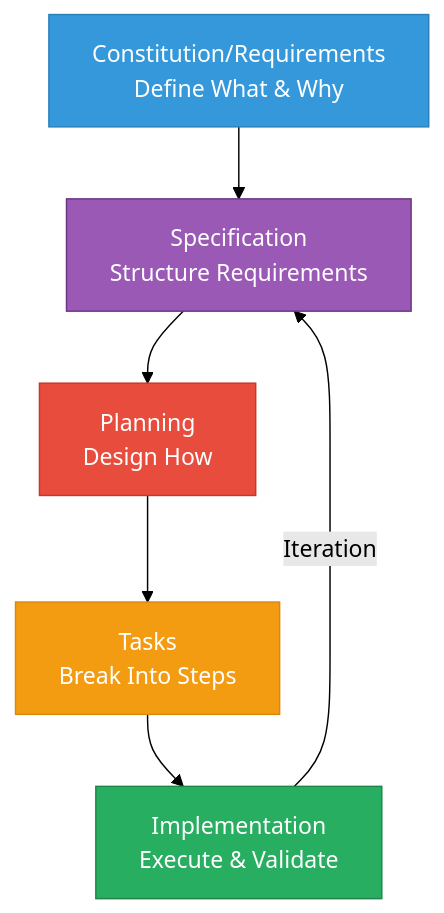
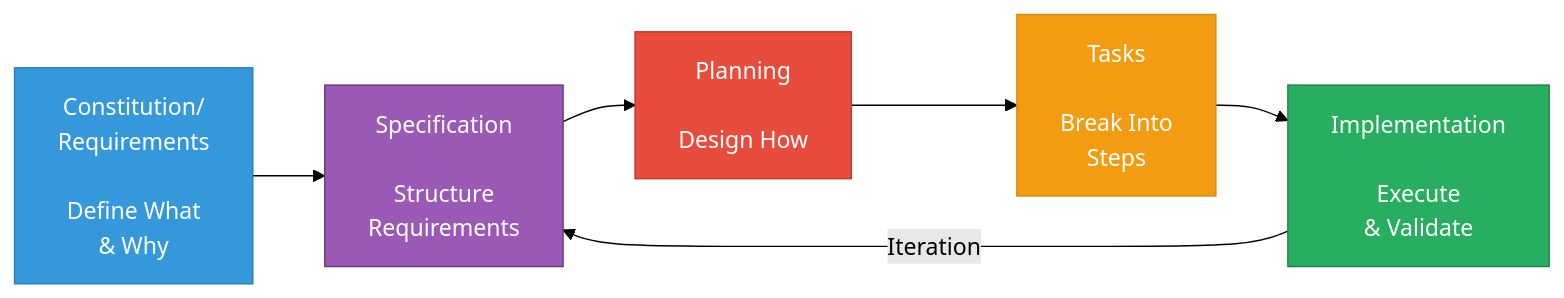
The second of 3 diagrams in blog/2025-10-22-implementing-spec-driven-development-tools-and-workflows-in-practice.mdx (tikazyq/marvinzhang.dev), drawn with Mermaid (forest theme) before and after one commit. The commit also changed other lines of this file and 1 other file, not shown here.

Commit message:
Fix SDD article: improve diagrams, add conservative language, reference Rice's theorem

````diff
--- a/blog/2025-10-22-implementing-spec-driven-development-tools-and-workflows-in-practice.mdx
+++ b/blog/2025-10-22-implementing-spec-driven-development-tools-and-workflows-in-practice.mdx
@@ -166,14 +169,14 @@
 ```mermaid
-flowchart TD
-    A["Constitution/Requirements<br/>Define What & Why"] --> B["Specification<br/>Structure Requirements"]
-    B --> C["Planning<br/>Design How"]
-    C --> D["Tasks<br/>Break Into Steps"]
-    D --> E["Implementation<br/>Execute & Validate"]
+flowchart LR
+    A["Constitution/<br/>Requirements<br/><br/>Define What<br/>& Why"] --> B["Specification<br/><br/>Structure<br/>Requirements"]
+    B --> C["Planning<br/><br/>Design How"]
+    C --> D["Tasks<br/><br/>Break Into<br/>Steps"]
+    D --> E["Implementation<br/><br/>Execute<br/>& Validate"]
     E -->|Iteration| B
     
     style A fill:#3498db,stroke:#2980b9,color:#fff
     style B fill:#9b59b6,stroke:#6c3483,color:#fff
     style C fill:#e74c3c,stroke:#c0392b,color:#fff
     style D fill:#f39c12,stroke:#d68910,color:#fff
     style E fill:#27ae60,stroke:#1e8449,color:#fff
 ```
````
